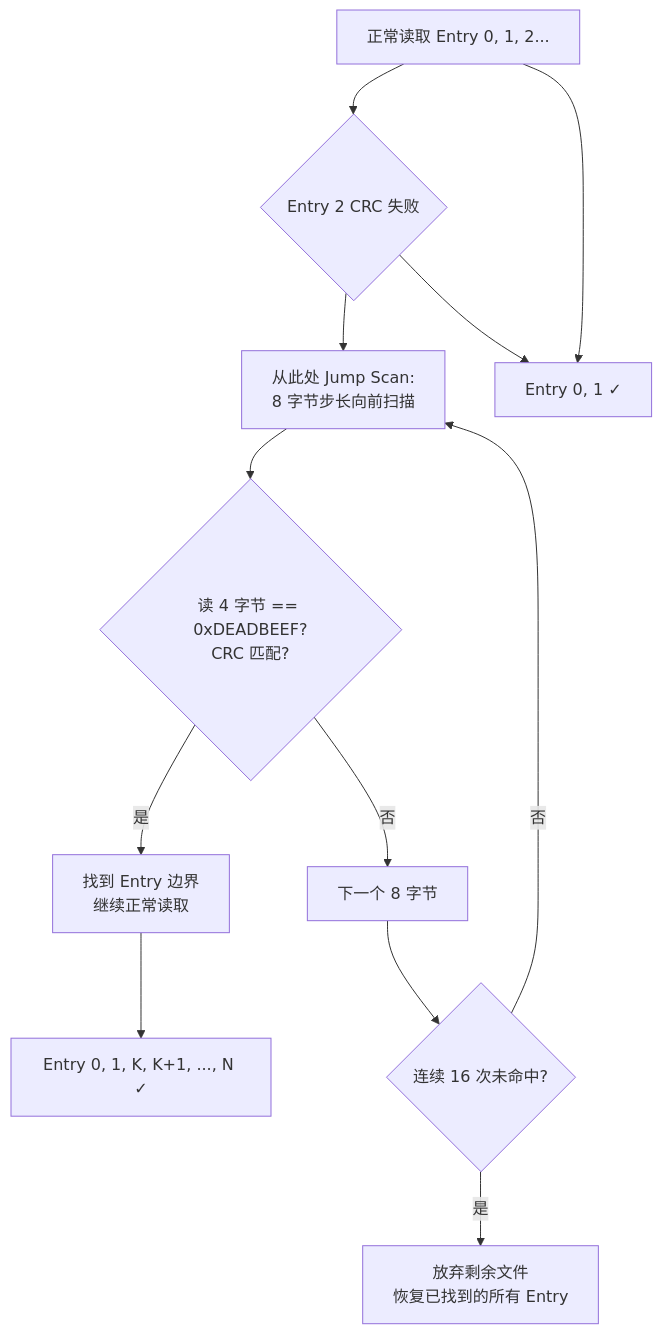
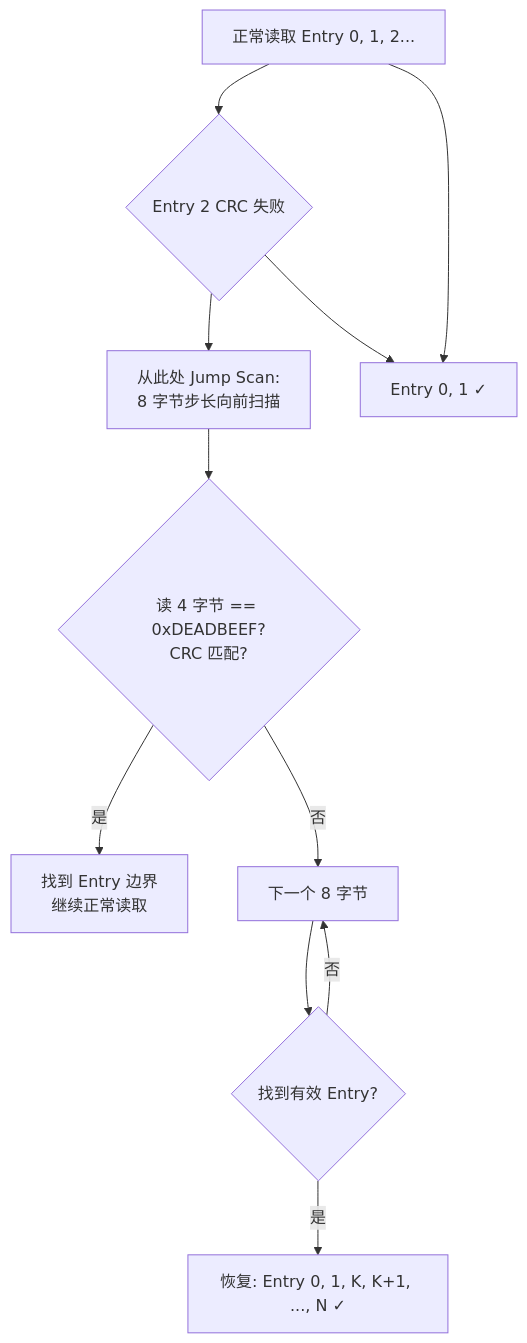
One commit to jzhang405/NexKV changed diagram 36 of 39 in docs/07_spike/btree-refactor/2026-05-23-persistence-architecture-comprehensive-guide.md. Above: the diagram before and after it, drawn with Mermaid. The commit also changed other lines of this file, not shown here.

````diff
--- a/docs/07_spike/btree-refactor/2026-05-23-persistence-architecture-comprehensive-guide.md
+++ b/docs/07_spike/btree-refactor/2026-05-23-persistence-architecture-comprehensive-guide.md
@@ -1093,16 +1112,15 @@
 ```mermaid
 flowchart TB
     NormalScan["正常读取 Entry 0, 1, 2..."] --> CRCFail{"Entry 2 CRC 失败"}
     
     CRCFail --> Jump["从此处 Jump Scan:<br/>8 字节步长向前扫描"]
     Jump --> Check{"读 4 字节 == 0xDEADBEEF?<br/>CRC 匹配?"}
     Check -->|"是"| Recover["找到 Entry 边界<br/>继续正常读取"]
     Check -->|"否"| Next["下一个 8 字节"]
-    Next --> MissCheck{"连续 16 次未命中?"}
-    MissCheck -->|"否"| Jump
-    MissCheck -->|"是"| GiveUp["放弃剩余文件<br/>恢复已找到的所有 Entry"]
+    Next --> FoundCheck{"找到有效 Entry?"}
+    FoundCheck -->|"是"| Recover2["恢复: Entry 0, 1, K, K+1, ..., N ✓"]
+    FoundCheck -->|"否"| Next
     
     NormalScan --> Done2["Entry 0, 1 ✓"]
     CRCFail --> Done2
-    Recover --> Done3["Entry 0, 1, K, K+1, ..., N ✓"]
 ```
````
